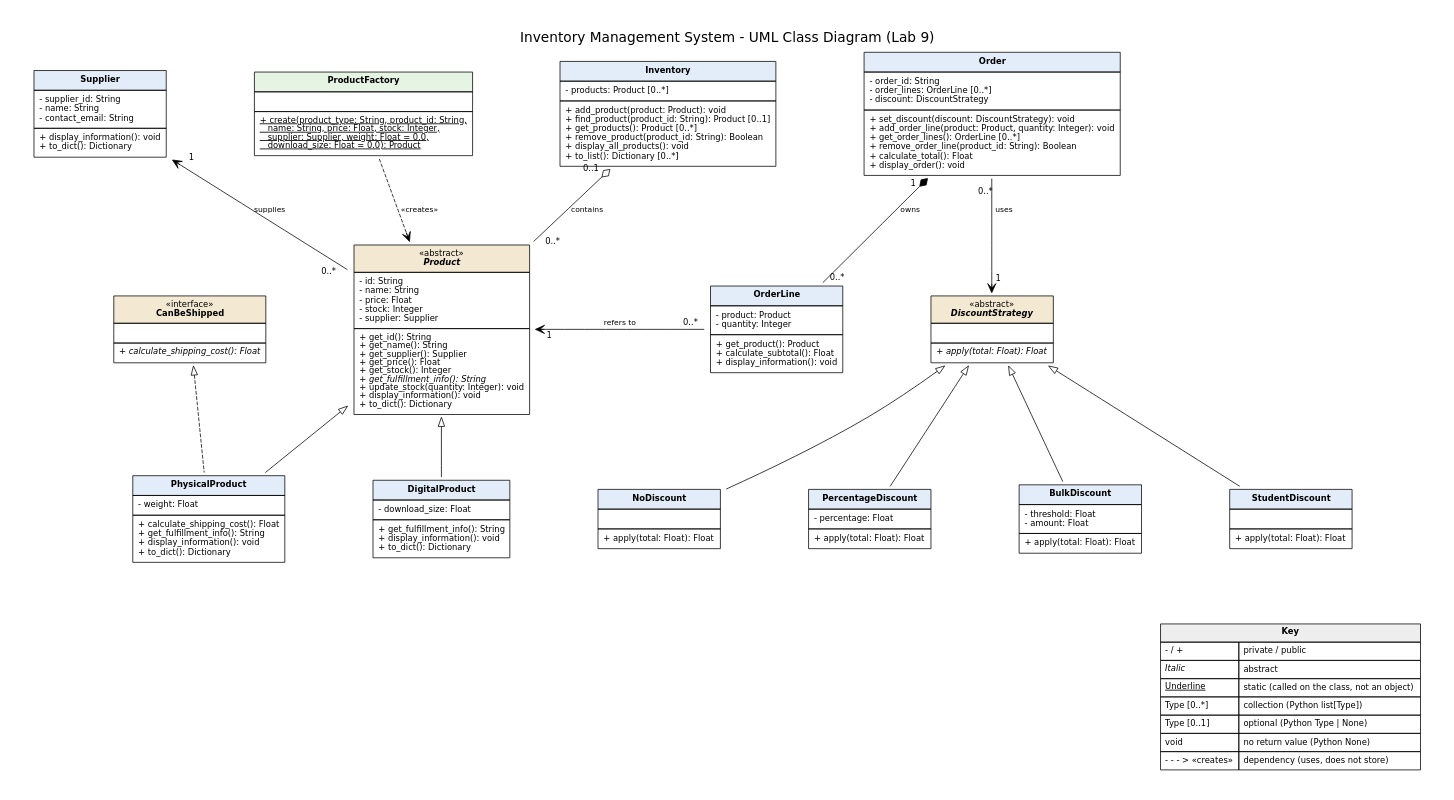
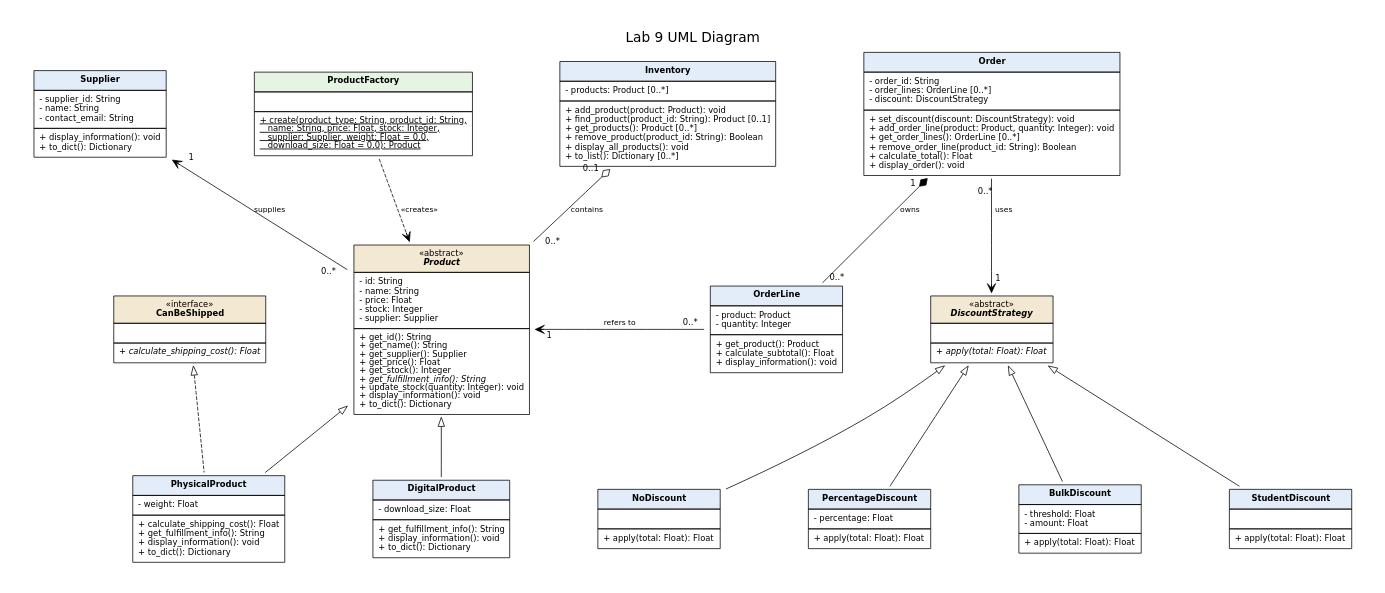
One commit to RandomPlayerNA/-INF1103-Labs-Week2 changed the diagram in UML Diagrams/lab 9.dot. Above: the diagram before and after it, drawn with Graphviz. The commit also changed 1 other file, not shown here.

Commit message:
Updated UML & inventory.json

```diff
--- a/UML Diagrams/lab 9.dot
+++ b/UML Diagrams/lab 9.dot
@@ -1,170 +1,157 @@
-// Inventory Management System - UML Class Diagram (Lab 9)
+// Lab 9 UML Diagram
 // Render: dot -Tpng -Gdpi=150 "lab 9.dot" -o "lab 9.png"
 
 digraph UML {
-    graph [label="Inventory Management System - UML Class Diagram (Lab 9)", labelloc=t,
+    graph [label="Lab 9 UML Diagram", labelloc=t,
            fontname="DejaVu Sans", fontsize=18, nodesep=0.7, ranksep=1.0, pad=0.4, bgcolor="white"]
     node  [shape=plaintext, fontname="DejaVu Sans", fontsize=11]
     edge  [fontname="DejaVu Sans", fontsize=10, labelfontname="DejaVu Sans", labelfontsize=11,
            labeldistance=2.0, arrowsize=1.2]
 
     // ------- //
     // Classes
     // ------- //
 
     Supplier [label=<
     <TABLE BORDER="0" CELLBORDER="1" CELLSPACING="0" CELLPADDING="6">
       <TR><TD BGCOLOR="#e3edf9"><B>Supplier</B></TD></TR>
       <TR><TD ALIGN="LEFT" BALIGN="LEFT">- supplier_id: String<BR/>- name: String<BR/>- contact_email: String</TD></TR>
       <TR><TD ALIGN="LEFT" BALIGN="LEFT">+ display_information(): void<BR/>+ to_dict(): Dictionary</TD></TR>
     </TABLE>>]
 
     ProductFactory [label=<
     <TABLE BORDER="0" CELLBORDER="1" CELLSPACING="0" CELLPADDING="6">
       <TR><TD BGCOLOR="#e6f4e3"><B>ProductFactory</B></TD></TR>
       <TR><TD ALIGN="LEFT" BALIGN="LEFT"> </TD></TR>
       <TR><TD ALIGN="LEFT" BALIGN="LEFT"><U>+ create(product_type: String, product_id: String,</U><BR/><U>    name: String, price: Float, stock: Integer,</U><BR/><U>    supplier: Supplier, weight: Float = 0.0,</U><BR/><U>    download_size: Float = 0.0): Product</U></TD></TR>
     </TABLE>>]
 
     Inventory [label=<
     <TABLE BORDER="0" CELLBORDER="1" CELLSPACING="0" CELLPADDING="6">
       <TR><TD BGCOLOR="#e3edf9"><B>Inventory</B></TD></TR>
       <TR><TD ALIGN="LEFT" BALIGN="LEFT">- products: Product [0..*]</TD></TR>
       <TR><TD ALIGN="LEFT" BALIGN="LEFT">+ add_product(product: Product): void<BR/>+ find_product(product_id: String): Product [0..1]<BR/>+ get_products(): Product [0..*]<BR/>+ remove_product(product_id: String): Boolean<BR/>+ display_all_products(): void<BR/>+ to_list(): Dictionary [0..*]</TD></TR>
     </TABLE>>]
 
     Order [label=<
     <TABLE BORDER="0" CELLBORDER="1" CELLSPACING="0" CELLPADDING="6">
       <TR><TD BGCOLOR="#e3edf9"><B>Order</B></TD></TR>
       <TR><TD ALIGN="LEFT" BALIGN="LEFT">- order_id: String<BR/>- order_lines: OrderLine [0..*]<BR/>- discount: DiscountStrategy</TD></TR>
       <TR><TD ALIGN="LEFT" BALIGN="LEFT">+ set_discount(discount: DiscountStrategy): void<BR/>+ add_order_line(product: Product, quantity: Integer): void<BR/>+ get_order_lines(): OrderLine [0..*]<BR/>+ remove_order_line(product_id: String): Boolean<BR/>+ calculate_total(): Float<BR/>+ display_order(): void</TD></TR>
     </TABLE>>]
 
     CanBeShipped [label=<
     <TABLE BORDER="0" CELLBORDER="1" CELLSPACING="0" CELLPADDING="6">
       <TR><TD BGCOLOR="#f3e8d2">&laquo;interface&raquo;<BR/><B>CanBeShipped</B></TD></TR>
       <TR><TD ALIGN="LEFT" BALIGN="LEFT"> </TD></TR>
       <TR><TD ALIGN="LEFT" BALIGN="LEFT"><I>+ calculate_shipping_cost(): Float</I></TD></TR>
     </TABLE>>]
 
     Product [label=<
     <TABLE BORDER="0" CELLBORDER="1" CELLSPACING="0" CELLPADDING="6">
       <TR><TD BGCOLOR="#f3e8d2">&laquo;abstract&raquo;<BR/><B><I>Product</I></B></TD></TR>
       <TR><TD ALIGN="LEFT" BALIGN="LEFT">- id: String<BR/>- name: String<BR/>- price: Float<BR/>- stock: Integer<BR/>- supplier: Supplier</TD></TR>
       <TR><TD ALIGN="LEFT" BALIGN="LEFT">+ get_id(): String<BR/>+ get_name(): String<BR/>+ get_supplier(): Supplier<BR/>+ get_price(): Float<BR/>+ get_stock(): Integer<BR/><I>+ get_fulfillment_info(): String</I><BR/>+ update_stock(quantity: Integer): void<BR/>+ display_information(): void<BR/>+ to_dict(): Dictionary</TD></TR>
     </TABLE>>]
 
     OrderLine [label=<
     <TABLE BORDER="0" CELLBORDER="1" CELLSPACING="0" CELLPADDING="6">
       <TR><TD BGCOLOR="#e3edf9"><B>OrderLine</B></TD></TR>
       <TR><TD ALIGN="LEFT" BALIGN="LEFT">- product: Product<BR/>- quantity: Integer</TD></TR>
       <TR><TD ALIGN="LEFT" BALIGN="LEFT">+ get_product(): Product<BR/>+ calculate_subtotal(): Float<BR/>+ display_information(): void</TD></TR>
     </TABLE>>]
 
     DiscountStrategy [label=<
     <TABLE BORDER="0" CELLBORDER="1" CELLSPACING="0" CELLPADDING="6">
       <TR><TD BGCOLOR="#f3e8d2">&laquo;abstract&raquo;<BR/><B><I>DiscountStrategy</I></B></TD></TR>
       <TR><TD ALIGN="LEFT" BALIGN="LEFT"> </TD></TR>
       <TR><TD ALIGN="LEFT" BALIGN="LEFT"><I>+ apply(total: Float): Float</I></TD></TR>
     </TABLE>>]
 
     PhysicalProduct [label=<
     <TABLE BORDER="0" CELLBORDER="1" CELLSPACING="0" CELLPADDING="6">
       <TR><TD BGCOLOR="#e3edf9"><B>PhysicalProduct</B></TD></TR>
       <TR><TD ALIGN="LEFT" BALIGN="LEFT">- weight: Float</TD></TR>
       <TR><TD ALIGN="LEFT" BALIGN="LEFT">+ calculate_shipping_cost(): Float<BR/>+ get_fulfillment_info(): String<BR/>+ display_information(): void<BR/>+ to_dict(): Dictionary</TD></TR>
     </TABLE>>]
 
     DigitalProduct [label=<
     <TABLE BORDER="0" CELLBORDER="1" CELLSPACING="0" CELLPADDING="6">
       <TR><TD BGCOLOR="#e3edf9"><B>DigitalProduct</B></TD></TR>
       <TR><TD ALIGN="LEFT" BALIGN="LEFT">- download_size: Float</TD></TR>
       <TR><TD ALIGN="LEFT" BALIGN="LEFT">+ get_fulfillment_info(): String<BR/>+ display_information(): void<BR/>+ to_dict(): Dictionary</TD></TR>
     </TABLE>>]
 
     NoDiscount [label=<
     <TABLE BORDER="0" CELLBORDER="1" CELLSPACING="0" CELLPADDING="6">
       <TR><TD BGCOLOR="#e3edf9"><B>NoDiscount</B></TD></TR>
       <TR><TD ALIGN="LEFT" BALIGN="LEFT"> </TD></TR>
       <TR><TD ALIGN="LEFT" BALIGN="LEFT">+ apply(total: Float): Float</TD></TR>
     </TABLE>>]
 
     PercentageDiscount [label=<
     <TABLE BORDER="0" CELLBORDER="1" CELLSPACING="0" CELLPADDING="6">
       <TR><TD BGCOLOR="#e3edf9"><B>PercentageDiscount</B></TD></TR>
       <TR><TD ALIGN="LEFT" BALIGN="LEFT">- percentage: Float</TD></TR>
       <TR><TD ALIGN="LEFT" BALIGN="LEFT">+ apply(total: Float): Float</TD></TR>
     </TABLE>>]
 
     BulkDiscount [label=<
     <TABLE BORDER="0" CELLBORDER="1" CELLSPACING="0" CELLPADDING="6">
       <TR><TD BGCOLOR="#e3edf9"><B>BulkDiscount</B></TD></TR>
       <TR><TD ALIGN="LEFT" BALIGN="LEFT">- threshold: Float<BR/>- amount: Float</TD></TR>
       <TR><TD ALIGN="LEFT" BALIGN="LEFT">+ apply(total: Float): Float</TD></TR>
     </TABLE>>]
 
     StudentDiscount [label=<
     <TABLE BORDER="0" CELLBORDER="1" CELLSPACING="0" CELLPADDING="6">
       <TR><TD BGCOLOR="#e3edf9"><B>StudentDiscount</B></TD></TR>
       <TR><TD ALIGN="LEFT" BALIGN="LEFT"> </TD></TR>
       <TR><TD ALIGN="LEFT" BALIGN="LEFT">+ apply(total: Float): Float</TD></TR>
     </TABLE>>]
 
-    Legend [label=<
-    <TABLE BORDER="0" CELLBORDER="1" CELLSPACING="0" CELLPADDING="5">
-      <TR><TD COLSPAN="2" BGCOLOR="#eeeeee"><B>Key</B></TD></TR>
-      <TR><TD ALIGN="LEFT">- / +</TD><TD ALIGN="LEFT">private / public</TD></TR>
-      <TR><TD ALIGN="LEFT"><I>Italic</I></TD><TD ALIGN="LEFT">abstract</TD></TR>
-      <TR><TD ALIGN="LEFT"><U>Underline</U></TD><TD ALIGN="LEFT">static (called on the class, not an object)</TD></TR>
-      <TR><TD ALIGN="LEFT">Type [0..*]</TD><TD ALIGN="LEFT">collection (Python list[Type])</TD></TR>
-      <TR><TD ALIGN="LEFT">Type [0..1]</TD><TD ALIGN="LEFT">optional (Python Type | None)</TD></TR>
-      <TR><TD ALIGN="LEFT">void</TD><TD ALIGN="LEFT">no return value (Python None)</TD></TR>
-      <TR><TD ALIGN="LEFT">- - - &gt; &laquo;creates&raquo;</TD><TD ALIGN="LEFT">dependency (uses, does not store)</TD></TR>
-    </TABLE>>]
-
     // ------ //
     // Layout
     // ------ //
 
     { rank=same; Supplier; ProductFactory; Inventory; Order }
     { rank=same; CanBeShipped; Product; OrderLine; DiscountStrategy }
     { rank=same; PhysicalProduct; DigitalProduct; NoDiscount; PercentageDiscount; BulkDiscount; StudentDiscount }
     Supplier -> ProductFactory -> Inventory -> Order [style=invis]
     CanBeShipped -> Product [style=invis]
     OrderLine -> DiscountStrategy [style=invis]
     PhysicalProduct -> DigitalProduct -> NoDiscount -> PercentageDiscount -> BulkDiscount -> StudentDiscount [style=invis]
-    StudentDiscount -> Legend [style=invis]
 
     // ------------- //
     // Relationships
     // ------------- //
 
     // Association: Supplier 1 --- 0..* Product (arrow: Product knows its Supplier)
     Supplier -> Product [dir=back, arrowtail=vee, label="  supplies", taillabel="1", headlabel="0..*", labelangle=40, labeldistance=2.5]
 
     // Dependency: ProductFactory creates Products but does not store them
     ProductFactory -> Product [style=dashed, arrowhead=vee, label="  «creates»"]
 
     // Aggregation: hollow diamond at Inventory (the whole)
     Inventory -> Product [dir=back, arrowtail=odiamond, label="  contains", taillabel="0..1", headlabel="0..*", labelangle=-45, labeldistance=2.5]
 
     // Composition: filled diamond at Order (the whole)
     Order -> OrderLine [dir=back, arrowtail=diamond, label="  owns", taillabel="1", headlabel="0..*"]
 
     // Association: Order 0..* --- 1 DiscountStrategy (arrow: Order uses its strategy)
     Order -> DiscountStrategy [arrowhead=vee, label="  uses", taillabel="0..*", headlabel="1"]
 
     // Association: OrderLine 0..* --- 1 Product (arrow: OrderLine knows its Product)
     Product -> OrderLine [dir=back, arrowtail=vee, label="refers to", taillabel="1", headlabel="0..*"]
 
     // Inheritance: hollow triangle points to the parent
     Product -> PhysicalProduct [dir=back, arrowtail=empty]
     Product -> DigitalProduct [dir=back, arrowtail=empty]
     DiscountStrategy -> NoDiscount [dir=back, arrowtail=empty]
     DiscountStrategy -> PercentageDiscount [dir=back, arrowtail=empty]
     DiscountStrategy -> BulkDiscount [dir=back, arrowtail=empty]
     DiscountStrategy -> StudentDiscount [dir=back, arrowtail=empty]
 
     // Interface Realisation: dashed line, hollow triangle
     CanBeShipped -> PhysicalProduct [dir=back, arrowtail=empty, style=dashed]
 }
```
